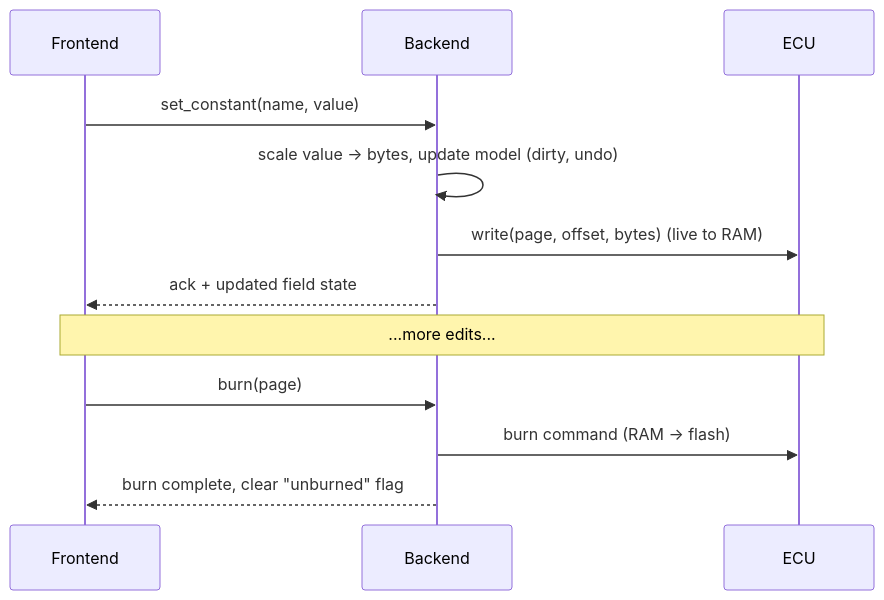
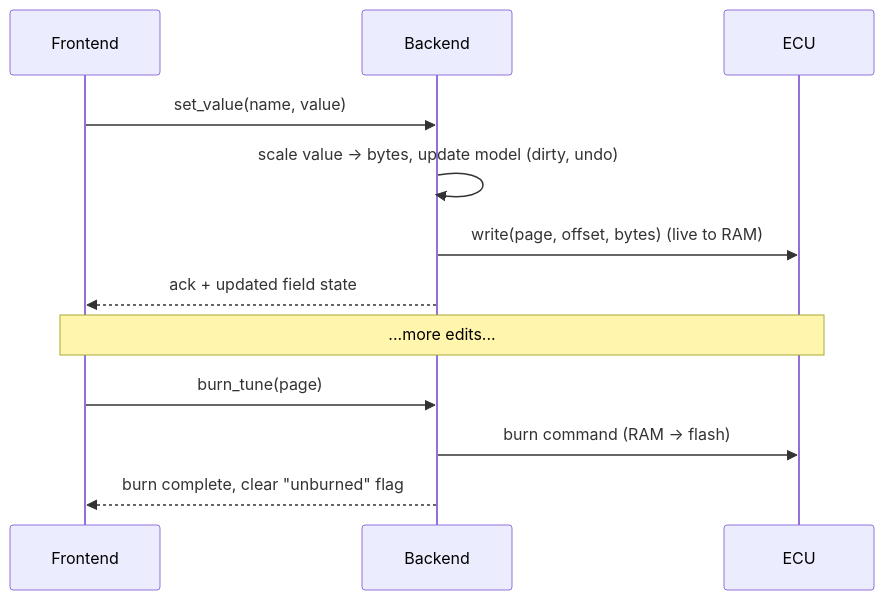
One commit to d0pawlus/OpenTune changed the third of 3 diagrams in docs/ARCHITECTURE.md. Above: the diagram before and after it, drawn with Mermaid. The commit also changed other lines of this file and 3 other files, not shown here.

````diff
--- a/docs/ARCHITECTURE.md
+++ b/docs/ARCHITECTURE.md
@@ -364,14 +372,14 @@
 ```mermaid
 sequenceDiagram
     participant FE as Frontend
     participant BE as Backend
     participant ECU
-    FE->>BE: set_constant(name, value)
+    FE->>BE: set_value(name, value)
     BE->>BE: scale value → bytes, update model (dirty, undo)
     BE->>ECU: write(page, offset, bytes)  (live to RAM)
     BE-->>FE: ack + updated field state
     Note over FE,ECU: ...more edits...
-    FE->>BE: burn(page)
+    FE->>BE: burn_tune(page)
     BE->>ECU: burn command (RAM → flash)
     BE-->>FE: burn complete, clear "unburned" flag
 ```
````
